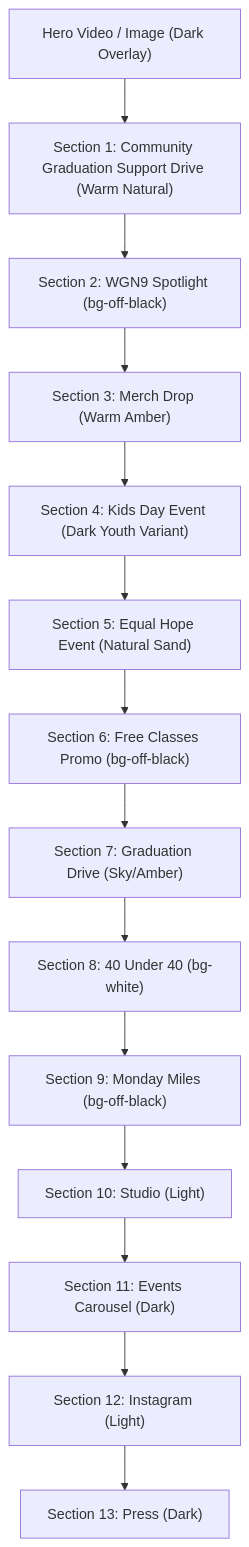
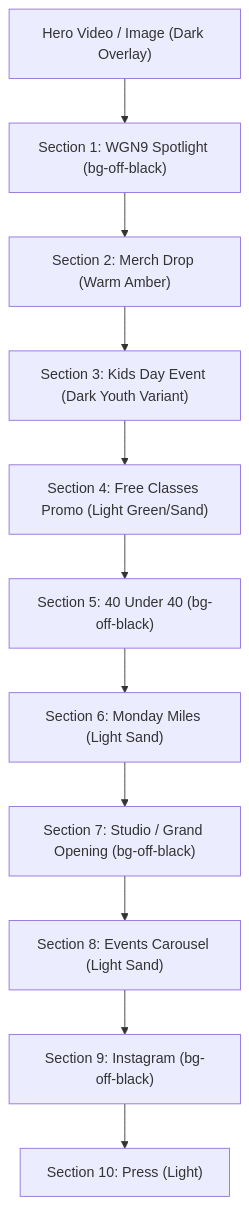
One commit to awaisqazi/latinasweatproject changed the first of 3 diagrams in design.md. Above: the diagram before and after it, drawn with Mermaid. The commit also changed other lines of this file and 6 other files, not shown here.

````diff
--- a/design.md
+++ b/design.md
@@ -34,16 +34,13 @@
 ```mermaid
 graph TD
-    Hero["Hero Video / Image (Dark Overlay)"] --> Sec1["Section 1: Community Graduation Support Drive (Warm Natural)"]
-    Sec1 --> Sec2["Section 2: WGN9 Spotlight (bg-off-black)"]
-    Sec2 --> Sec3["Section 3: Merch Drop (Warm Amber)"]
-    Sec3 --> Sec4["Section 4: Kids Day Event (Dark Youth Variant)"]
-    Sec4 --> Sec5["Section 5: Equal Hope Event (Natural Sand)"]
-    Sec5 --> Sec6["Section 6: Free Classes Promo (bg-off-black)"]
-    Sec6 --> Sec7["Section 7: Graduation Drive (Sky/Amber)"]
-    Sec7 --> Sec8["Section 8: 40 Under 40 (bg-white)"]
-    Sec8 --> Sec9["Section 9: Monday Miles (bg-off-black)"]
-    Sec9 --> Sec10["Section 10: Studio (Light)"]
-    Sec10 --> Sec11["Section 11: Events Carousel (Dark)"]
-    Sec11 --> Sec12["Section 12: Instagram (Light)"]
-    Sec12 --> Sec13["Section 13: Press (Dark)"]
+    Hero["Hero Video / Image (Dark Overlay)"] --> Sec1["Section 1: WGN9 Spotlight (bg-off-black)"]
+    Sec1 --> Sec2["Section 2: Merch Drop (Warm Amber)"]
+    Sec2 --> Sec3["Section 3: Kids Day Event (Dark Youth Variant)"]
+    Sec3 --> Sec4["Section 4: Free Classes Promo (Light Green/Sand)"]
+    Sec4 --> Sec5["Section 5: 40 Under 40 (bg-off-black)"]
+    Sec5 --> Sec6["Section 6: Monday Miles (Light Sand)"]
+    Sec6 --> Sec7["Section 7: Studio / Grand Opening (bg-off-black)"]
+    Sec7 --> Sec8["Section 8: Events Carousel (Light Sand)"]
+    Sec8 --> Sec9["Section 9: Instagram (bg-off-black)"]
+    Sec9 --> Sec10["Section 10: Press (Light)"]
 ```
````
